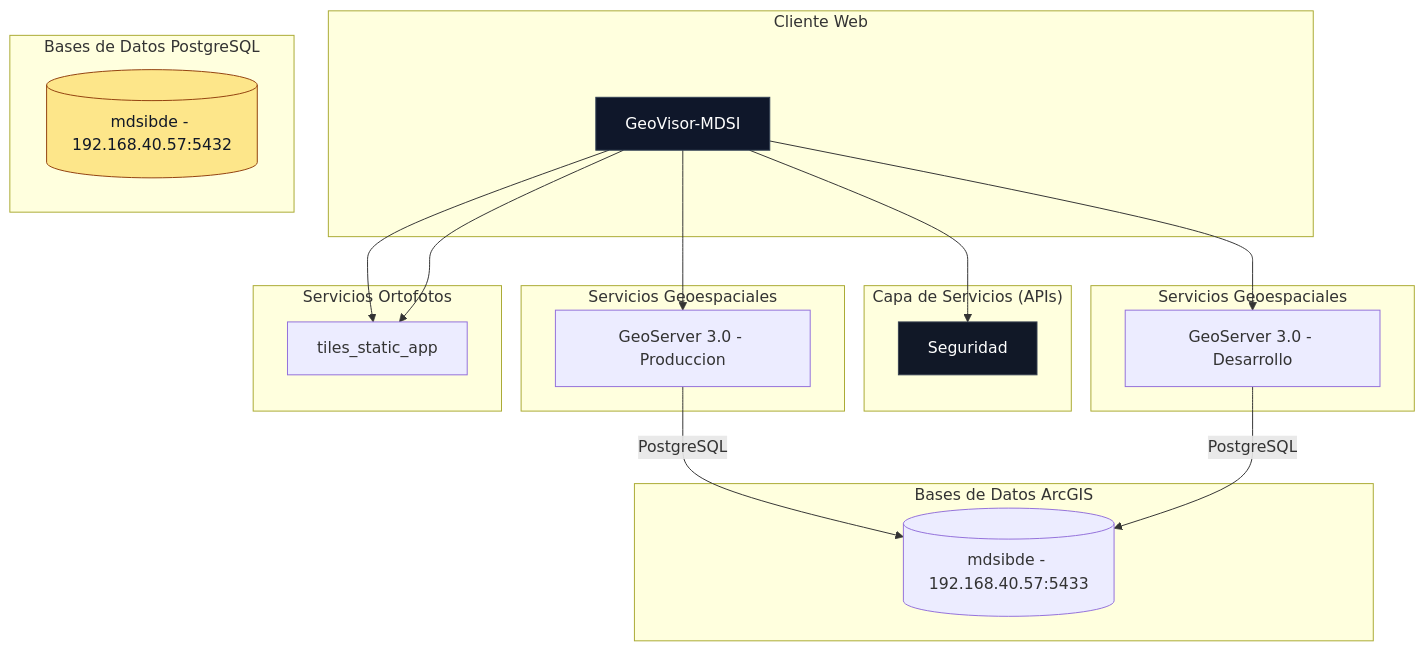
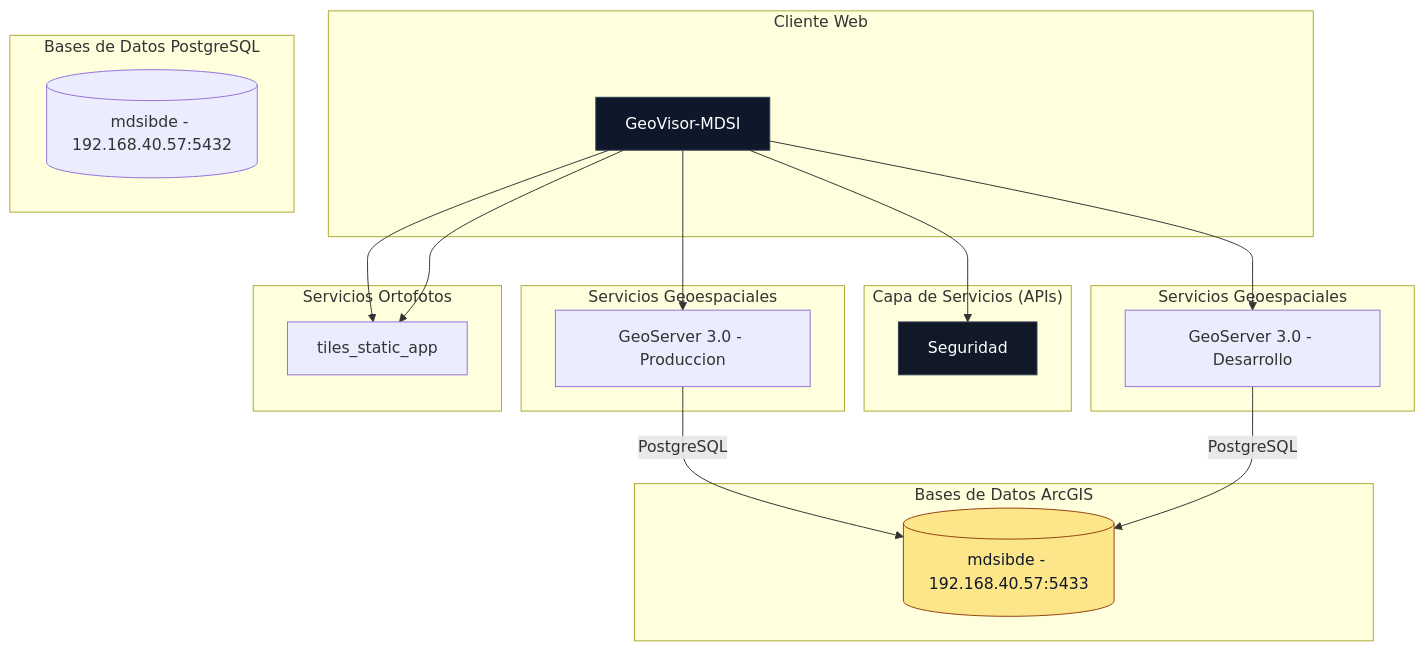
One commit to mdsigeovisor/geovisormdsi changed the diagram in README.md. Above: the diagram before and after it, drawn with Mermaid.

````diff
--- a/README.md
+++ b/README.md
@@ -3,57 +3,57 @@
 ```mermaid
 graph TB
   %% =========================
   %% COMPONENTES
   %% =========================
   subgraph "Cliente Web"
     FRONT[GeoVisor-MDSI]
   end
 
   subgraph "Capa de Servicios (APIs)"
     AUTH[Seguridad]
   end
 
   subgraph "Bases de Datos PostgreSQL"
     DB1[(mdsibde - 192.168.40.57:5432)]
   end
 
   subgraph "Bases de Datos ArcGIS"
     DB2[(mdsibde - 192.168.40.57:5433)]
   end
   
   subgraph "Servicios Geoespaciales"
     GEOSERVER_PROD[GeoServer 3.0 - Produccion]
   end
 
   subgraph "Servicios Geoespaciales"
     GEOSERVER_DEV[GeoServer 3.0 - Desarrollo]
   end
 
   subgraph "Servicios Ortofotos"
     ORTOFOTOS[tiles_static_app]
   end
 
   %% =========================
   %% RELACIONES
   %% =========================
   FRONT --> AUTH
   FRONT --> GEOSERVER_PROD
   FRONT --> GEOSERVER_DEV
   FRONT --> ORTOFOTOS
   FRONT --> ORTOFOTOS
   
   GEOSERVER_PROD -- "PostgreSQL" --> DB2
   GEOSERVER_DEV -- "PostgreSQL" --> DB2
   
 
   %% =========================
   %% ESTILOS
   %% =========================
   classDef front fill:#0f172a,stroke:#334155,stroke-width:1px,color:#fff;
   classDef service fill:#111827,stroke:#374151,stroke-width:1px,color:#fff;
   classDef db fill:#fde68a,stroke:#92400e,stroke-width:1px,color:#111827;
 
   class FRONT front;
   class AUTH,GEOSERVER service;
-  class DB1 db;
+  class DB2 db;
 ```
````
